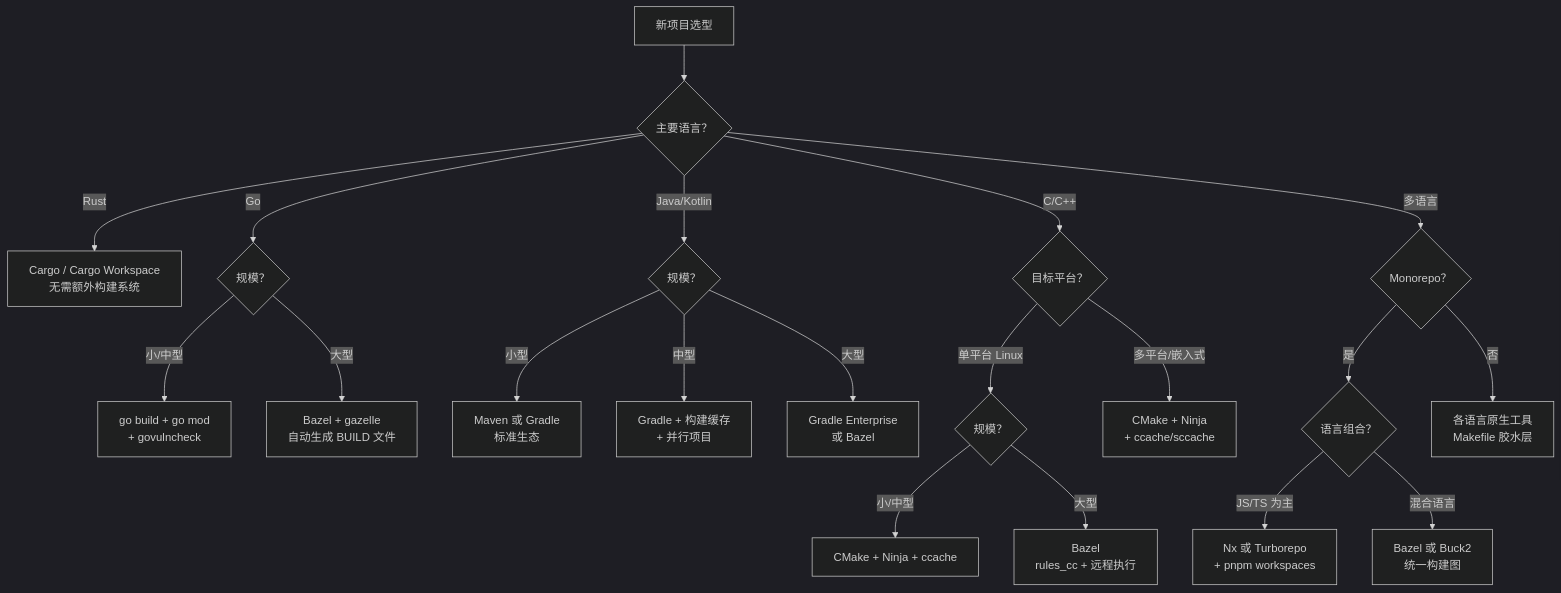
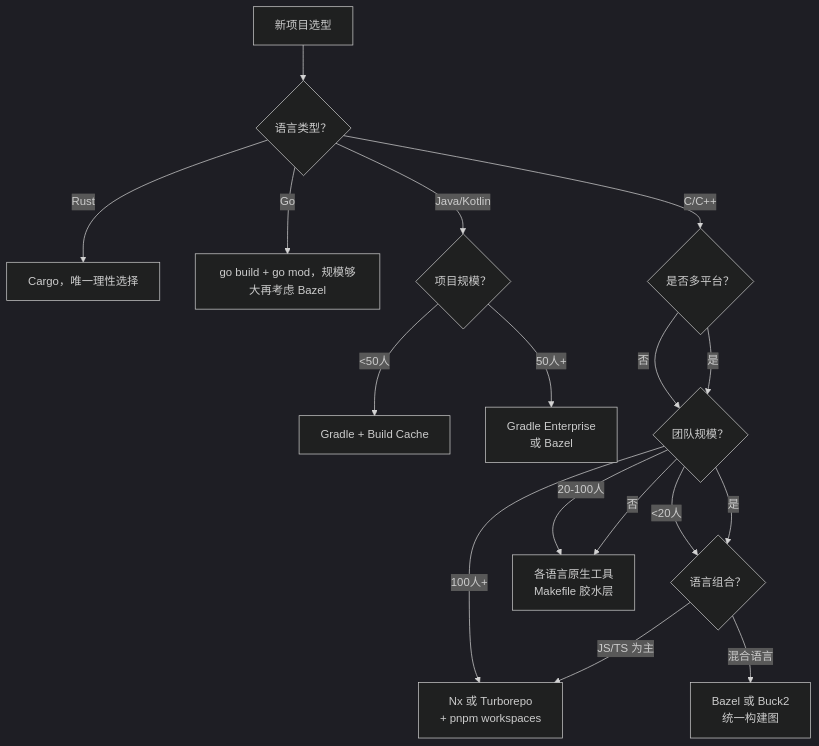
Before and after one commit to GeeseHoward1983/Knowledges: the diagram in 46.构建系统横向对比/13.构建系统性能优化与实战选型.md, drawn with Mermaid (dark theme). The commit also changed other lines of this file and 275 other files, not shown here.

````diff
--- a/46.构建系统横向对比/13.构建系统性能优化与实战选型.md
+++ b/46.构建系统横向对比/13.构建系统性能优化与实战选型.md
@@ -191,29 +240,21 @@
 ```mermaid
 flowchart TD
-    A[新项目选型] --> B{主要语言？}
-    
-    B -- Rust --> C[Cargo / Cargo Workspace<br/>无需额外构建系统]
-    B -- Go --> D{规模？}
-    B -- Java/Kotlin --> E{规模？}
-    B -- C/C++ --> F{目标平台？}
-    B -- 多语言 --> G{Monorepo？}
-
-    D -- 小/中型 --> D1[go build + go mod<br/>+ govulncheck]
-    D -- 大型 --> D2[Bazel + gazelle<br/>自动生成 BUILD 文件]
-
-    E -- 小型 --> E1[Maven 或 Gradle<br/>标准生态]
-    E -- 中型 --> E2[Gradle + 构建缓存<br/>+ 并行项目]
-    E -- 大型 --> E3[Gradle Enterprise<br/>或 Bazel]
-
-    F -- 单平台 Linux --> F1{规模？}
-    F -- 多平台/嵌入式 --> F2[CMake + Ninja<br/>+ ccache/sccache]
-    
-    F1 -- 小/中型 --> F3[CMake + Ninja + ccache]
-    F1 -- 大型 --> F4[Bazel<br/>rules_cc + 远程执行]
+    A[新项目选型] --> B{语言类型？}
+    B -- Rust --> C[Cargo，唯一理性选择]
+    B -- Go --> D[go build + go mod，规模够大再考虑 Bazel]
+    B -- Java/Kotlin --> E{项目规模？}
+    E -- <50人 --> E1[Gradle + Build Cache]
+    E -- 50人+ --> E2[Gradle Enterprise<br/>或 Bazel]
+    B -- C/C++ --> F{是否多平台？}
+    F -- 否 --> G{团队规模？}
+    G -- <20人 --> G1[CMake + Ninja + ccache]
+    G -- 20-100人 --> G2[CMake + Ninja + sccache<br/>+ 远程共享缓存]
+    G -- 100人+ --> G3[Bazel<br/>+ rules_cc + 远程执行]
+    F -- 是 --> G
 
     G -- 是 --> G1{语言组合？}
     G -- 否 --> G2[各语言原生工具<br/>Makefile 胶水层]
 
     G1 -- JS/TS 为主 --> G3[Nx 或 Turborepo<br/>+ pnpm workspaces]
     G1 -- 混合语言 --> G4[Bazel 或 Buck2<br/>统一构建图]
 ```
````
